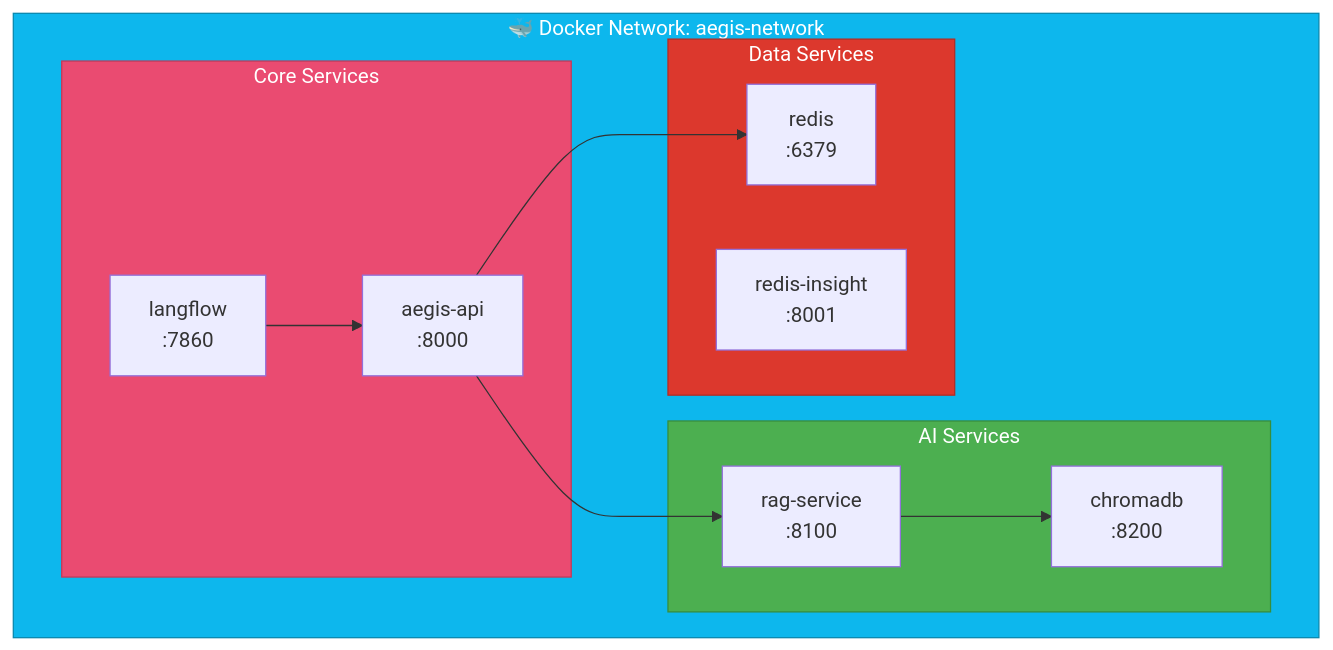
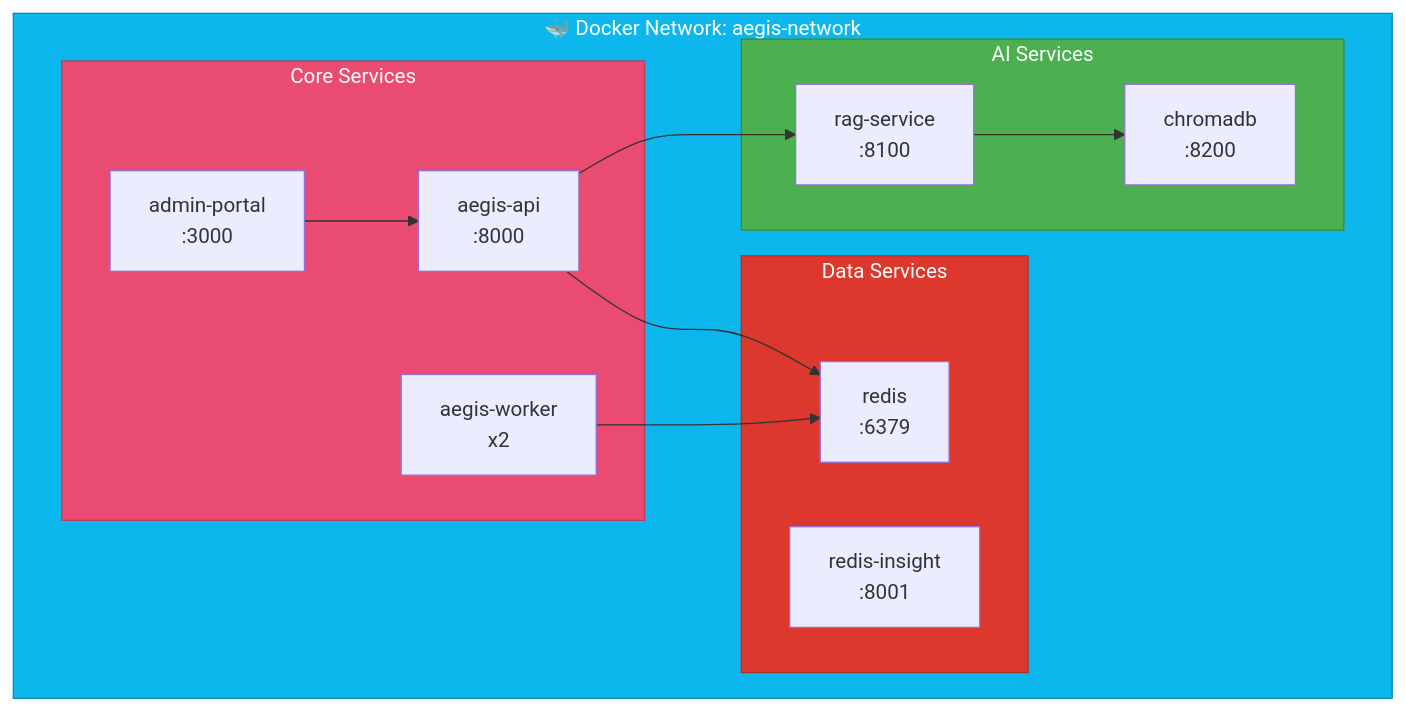
Before and after one commit to maniltns/AEGIS: the sixth of 7 diagrams in docs/architecture-diagrams.md, drawn with Mermaid. The commit also changed other lines of this file and 6 other files, not shown here.

````diff
--- a/docs/architecture-diagrams.md
+++ b/docs/architecture-diagrams.md
@@ -297,28 +264,30 @@
 ```mermaid
 graph TB
     subgraph DOCKER["🐳 Docker Network: aegis-network"]
         subgraph CORE["Core Services"]
             API["aegis-api<br/>:8000"]
-            LFLOW["langflow<br/>:7860"]
+            WORKER["aegis-worker<br/>x2"]
+            ADMIN["admin-portal<br/>:3000"]
         end
         
         subgraph AI["AI Services"]
             RAG["rag-service<br/>:8100"]
             CHROMA["chromadb<br/>:8200"]
         end
         
         subgraph DATA["Data Services"]
             REDIS["redis<br/>:6379"]
             INSIGHT["redis-insight<br/>:8001"]
         end
     end
     
     API --> RAG --> CHROMA
     API --> REDIS
-    LFLOW --> API
+    WORKER --> REDIS
+    ADMIN --> API
     
     style DOCKER fill:#0db7ed,stroke:#0a89af,color:#fff
     style CORE fill:#EA4B71,stroke:#c23a5a,color:#fff
     style AI fill:#4caf50,stroke:#388e3c,color:#fff
     style DATA fill:#DC382D,stroke:#b32d24,color:#fff
 ```
````
